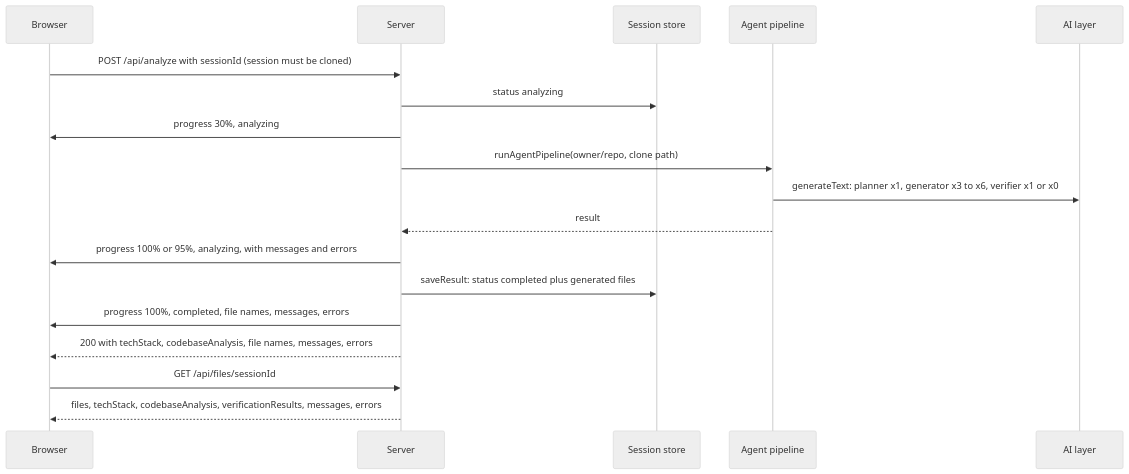
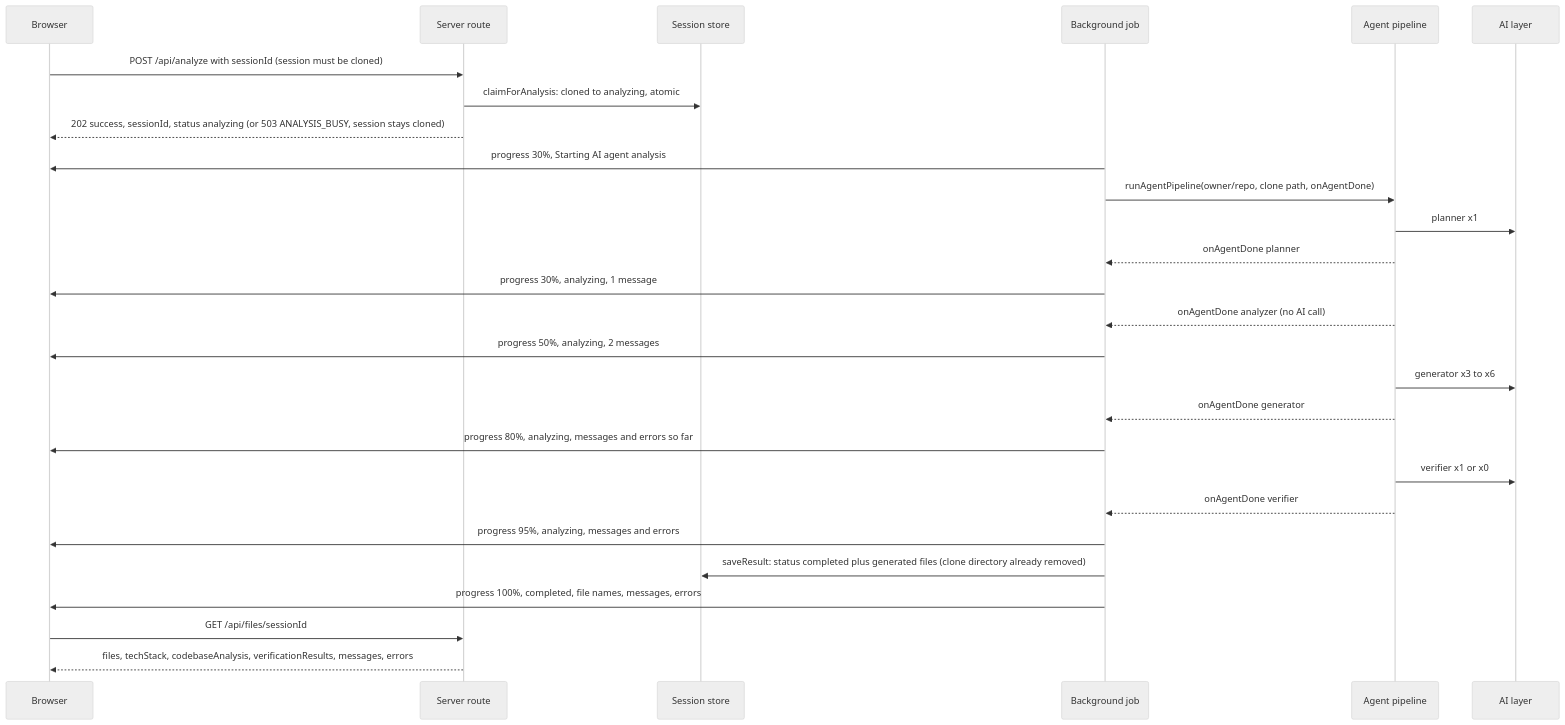
The second of 3 diagrams in README-AI-AGENTS.md (bipul724/InfraMind), drawn with Mermaid (neutral theme) before and after one commit. The commit also changed other lines of this file and 34 other files, not shown here.

First line of the commit message:
feat(analysis): background jobs with 202, atomic claim, per-agent progress

````diff
--- a/README-AI-AGENTS.md
+++ b/README-AI-AGENTS.md
@@ -111,21 +115,30 @@
 ```mermaid
 sequenceDiagram
     participant B as Browser
-    participant S as Server
+    participant S as Server route
     participant St as Session store
+    participant J as Background job
     participant P as Agent pipeline
     participant AI as AI layer
 
     B->>S: POST /api/analyze with sessionId (session must be cloned)
-    S->>St: status analyzing
-    S->>B: progress 30%, analyzing
-    S->>P: runAgentPipeline(owner/repo, clone path)
-    P->>AI: generateText: planner x1, generator x3 to x6, verifier x1 or x0
-    P-->>S: result
-    S->>B: progress 100% or 95%, analyzing, with messages and errors
-    S->>St: saveResult: status completed plus generated files
-    S->>B: progress 100%, completed, file names, messages, errors
-    S-->>B: 200 with techStack, codebaseAnalysis, file names, messages, errors
+    S->>St: claimForAnalysis: cloned to analyzing, atomic
+    S-->>B: 202 success, sessionId, status analyzing (or 503 ANALYSIS_BUSY, session stays cloned)
+    J->>B: progress 30%, Starting AI agent analysis
+    J->>P: runAgentPipeline(owner/repo, clone path, onAgentDone)
+    P->>AI: planner x1
+    P-->>J: onAgentDone planner
+    J->>B: progress 30%, analyzing, 1 message
+    P-->>J: onAgentDone analyzer (no AI call)
+    J->>B: progress 50%, analyzing, 2 messages
+    P->>AI: generator x3 to x6
+    P-->>J: onAgentDone generator
+    J->>B: progress 80%, analyzing, messages and errors so far
+    P->>AI: verifier x1 or x0
+    P-->>J: onAgentDone verifier
+    J->>B: progress 95%, analyzing, messages and errors
+    J->>St: saveResult: status completed plus generated files (clone directory already removed)
+    J->>B: progress 100%, completed, file names, messages, errors
     B->>S: GET /api/files/sessionId
     S-->>B: files, techStack, codebaseAnalysis, verificationResults, messages, errors
 ```
````
